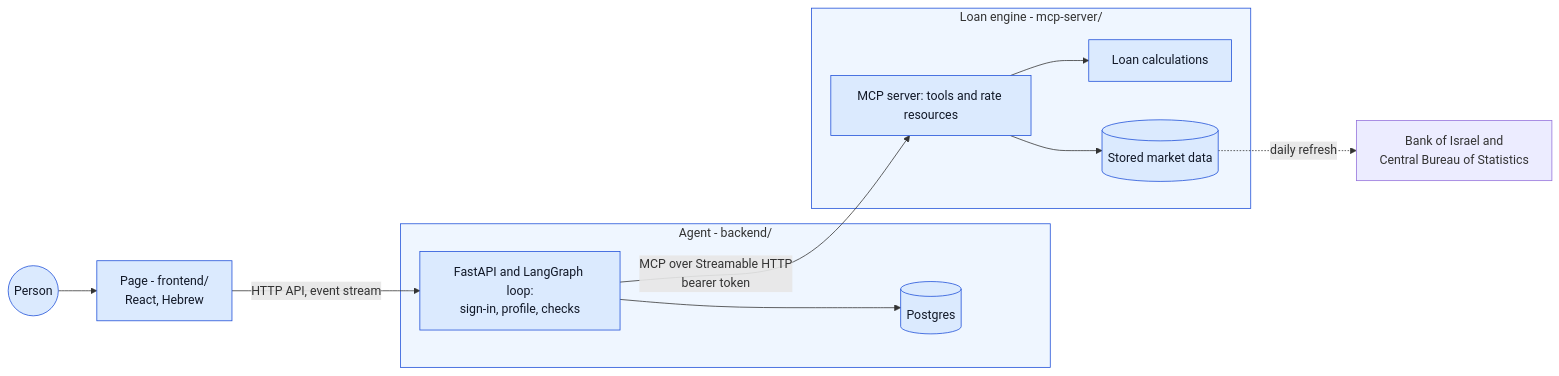
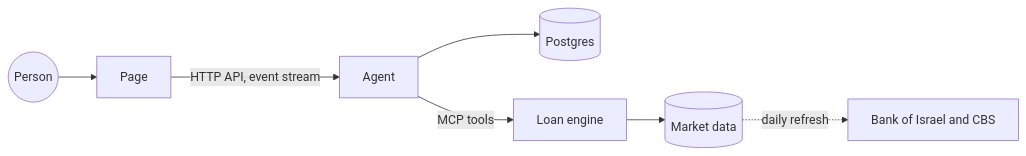
The diagram in README.md (erancha/loan-simulator), drawn with Mermaid before and after one commit. The commit also changed other lines of this file and 19 other files, not shown here.

First line of the commit message:
Document the stack as a short README over architecture, development and decision records

````diff
--- a/README.md
+++ b/README.md
@@ -19,18 +64,9 @@
 ```mermaid
 flowchart LR
-  U((Person)) --> P["Page - frontend/<br/>React, Hebrew"]
-  P -->|"HTTP API, event stream"| A
-  subgraph AGENT[Agent - backend/]
-    A["FastAPI and LangGraph loop:<br/>sign-in, profile, checks"] --> DB[(Postgres)]
-  end
-  A -->|MCP over Streamable HTTP<br/>bearer token| E
-  subgraph ENGINE[Loan engine - mcp-server/]
-    E["MCP server: tools and rate resources"] --> D[Loan calculations]
-    E --> M[(Stored market data)]
-  end
-  M -.->|daily refresh| S["Bank of Israel and<br/>Central Bureau of Statistics"]
-  classDef done fill:#dbeafe,stroke:#1d4ed8,color:#111827
-  class P,U,A,DB,E,D,M done
-  style AGENT fill:#eff6ff,stroke:#1d4ed8
-  style ENGINE fill:#eff6ff,stroke:#1d4ed8
+  U((Person)) --> P[Page]
+  P -->|HTTP API, event stream| A[Agent]
+  A --> DB[(Postgres)]
+  A -->|MCP tools| E[Loan engine]
+  E --> M[(Market data)]
+  M -.->|daily refresh| S[Bank of Israel and CBS]
 ```
````
